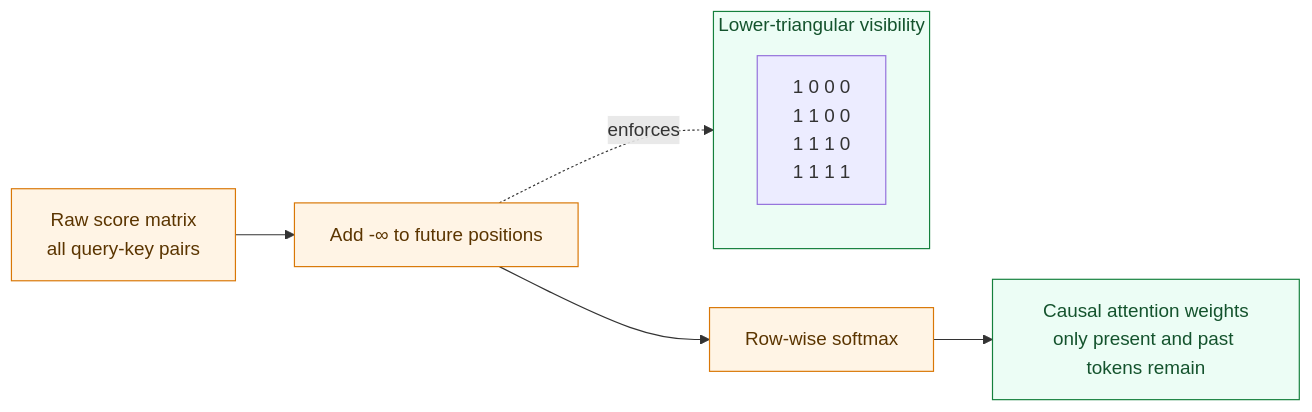
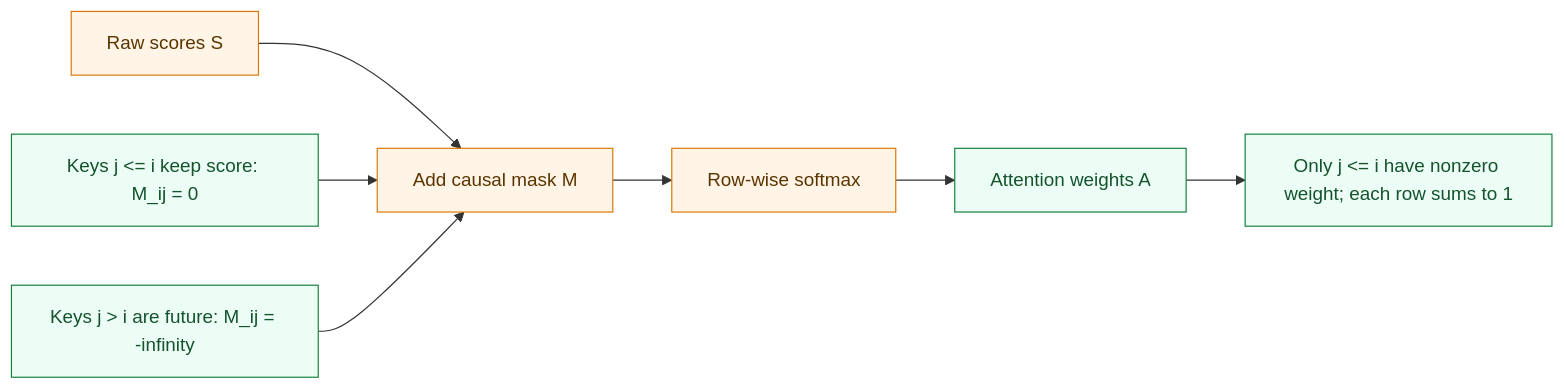
Before and after one commit to hrmiitm/llm: the diagram in pyq/assets/causal-mask.mmd, drawn with Mermaid. The commit also changed 59 other files, not shown here.

Commit message:
fix learning diagrams and portal rendering

```diff
--- a/pyq/assets/causal-mask.mmd
+++ b/pyq/assets/causal-mask.mmd
@@ -1,14 +1,13 @@
 flowchart LR
-    Scores[Raw score matrix\nall query-key pairs] --> Mask[Add -∞ to future positions]
+    Scores[Raw scores S] --> Mask[Add causal mask M]
     Mask --> Softmax[Row-wise softmax]
-    Softmax --> Weights[Causal attention weights\nonly present and past tokens remain]
+    Softmax --> Weights[Attention weights A]
 
-    subgraph Matrix[Lower-triangular visibility]
-        V[1 0 0 0\n1 1 0 0\n1 1 1 0\n1 1 1 1]
-    end
-    Mask -. enforces .-> Matrix
+    Allowed[Keys j <= i keep score: M_ij = 0] --> Mask
+    Future[Keys j > i are future: M_ij = -infinity] --> Mask
+    Weights --> Result[Only j <= i have nonzero weight; each row sums to 1]
 
     classDef op fill:#fff4e5,stroke:#d97706,color:#5b3500;
     classDef result fill:#ecfdf5,stroke:#15803d,color:#14532d;
     class Scores,Mask,Softmax op;
-    class Weights,Matrix result;
+    class Weights,Result,Allowed,Future result;
```
